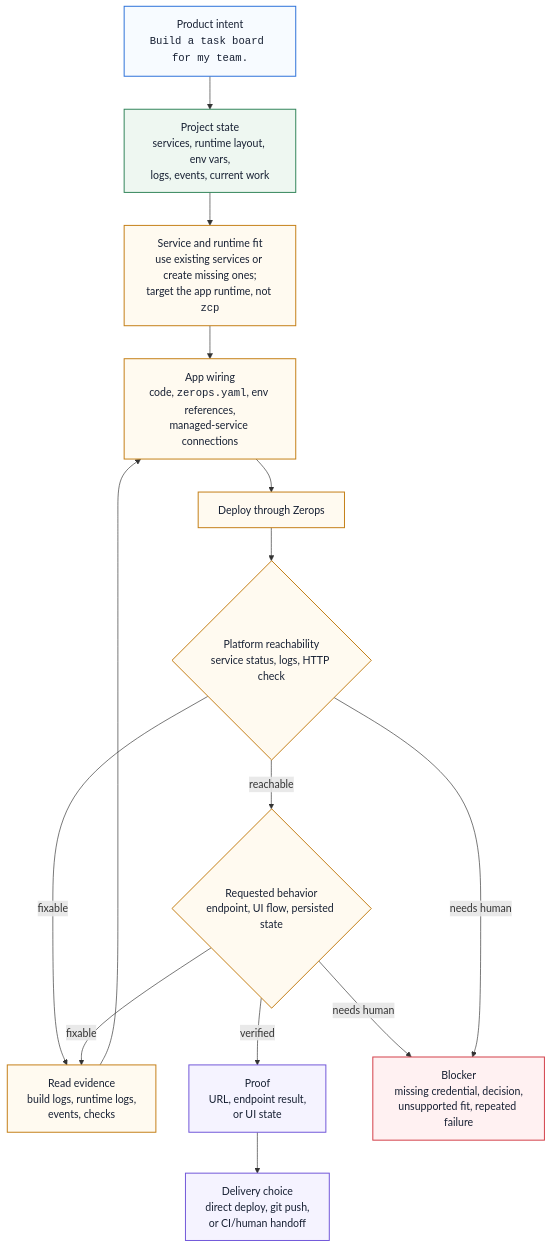
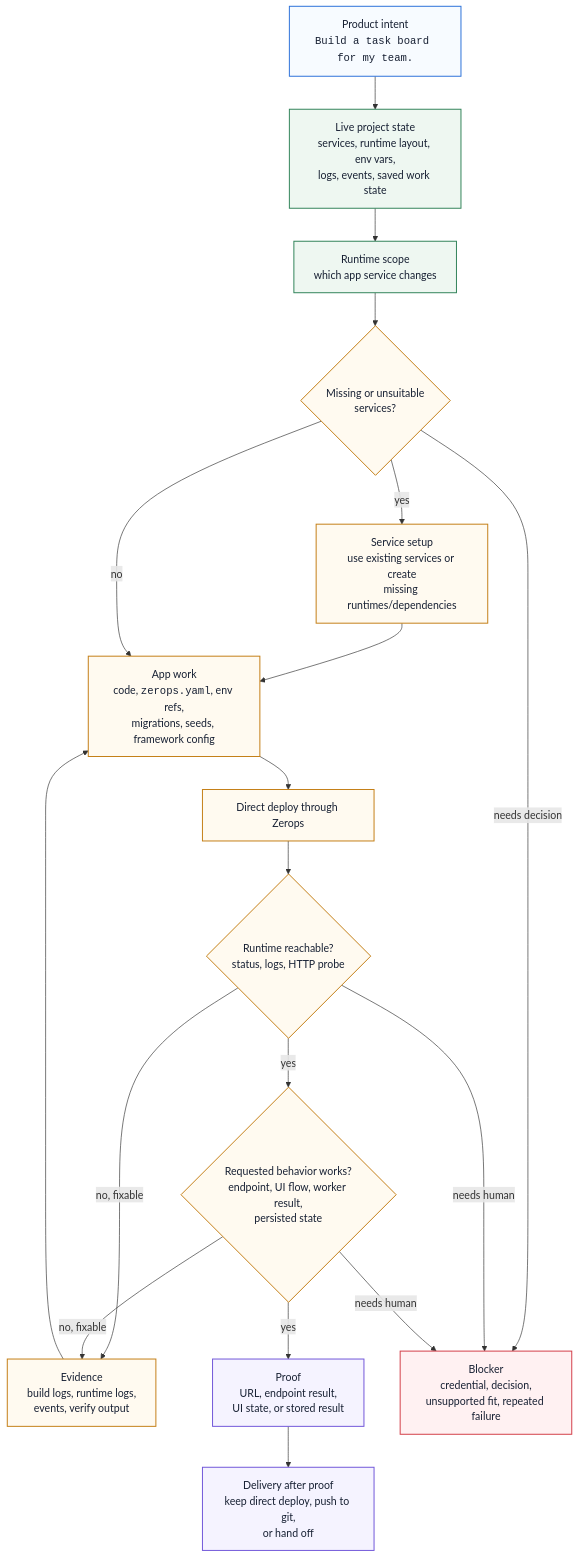
Before and after one commit to zeropsio/docs: the diagram in apps/docs/content/zcp/concept/how-it-works.mdx, drawn with Mermaid. The commit also changed other lines of this file and 16 other files, not shown here.

Commit message:
Refine ZCP guide structure and setup framing

````diff
--- a/apps/docs/content/zcp/concept/how-it-works.mdx
+++ b/apps/docs/content/zcp/concept/how-it-works.mdx
@@ -10,34 +12,40 @@
 ```mermaid
 flowchart TD
   intent["Product intent<br/><code>Build a task board for my team.</code>"]
-  state["Project state<br/>services, runtime layout, env vars,<br/>logs, events, current work"]
-  fit["Service and runtime fit<br/>use existing services or create missing ones;<br/>target the app runtime, not <code>zcp</code>"]
-  wiring["App wiring<br/>code, <code>zerops.yaml</code>, env references,<br/>managed-service connections"]
-  deploy["Deploy through Zerops"]
-  reachability{"Platform reachability<br/>service status, logs, HTTP check"}
-  behavior{"Requested behavior<br/>endpoint, UI flow, persisted state"}
-  evidence["Read evidence<br/>build logs, runtime logs,<br/>events, checks"]
-  proof["Proof<br/>URL, endpoint result,<br/>or UI state"]
-  blocker["Blocker<br/>missing credential, decision,<br/>unsupported fit, repeated failure"]
-  delivery["Delivery choice<br/>direct deploy, git push,<br/>or CI/human handoff"]
+  state["Live project state<br/>services, runtime layout, env vars,<br/>logs, events, saved work state"]
+  scope["Runtime scope<br/>which app service changes"]
+  setup{"Missing or unsuitable<br/>services?"}
+  provision["Service setup<br/>use existing services or create<br/>missing runtimes/dependencies"]
+  appwork["App work<br/>code, <code>zerops.yaml</code>, env refs,<br/>migrations, seeds, framework config"]
+  deploy["Direct deploy through Zerops"]
+  reachability{"Runtime reachable?<br/>status, logs, HTTP probe"}
+  behavior{"Requested behavior works?<br/>endpoint, UI flow, worker result,<br/>persisted state"}
+  evidence["Evidence<br/>build logs, runtime logs,<br/>events, verify output"]
+  proof["Proof<br/>URL, endpoint result,<br/>UI state, or stored result"]
+  delivery["Delivery after proof<br/>keep direct deploy, push to git,<br/>or hand off"]
+  blocker["Blocker<br/>credential, decision,<br/>unsupported fit, repeated failure"]
 
-  intent --> state --> fit --> wiring --> deploy --> reachability
-  reachability -->|fixable| evidence --> wiring
-  reachability -->|reachable| behavior
-  behavior -->|fixable| evidence
-  behavior -->|verified| proof --> delivery
+  intent --> state --> scope --> setup
+  setup -->|yes| provision --> appwork
+  setup -->|no| appwork
+  appwork --> deploy --> reachability
+  reachability -->|no, fixable| evidence --> appwork
+  reachability -->|yes| behavior
+  behavior -->|no, fixable| evidence
+  behavior -->|yes| proof --> delivery
+  setup -->|needs decision| blocker
+  reachability -->|needs human| blocker
   behavior -->|needs human| blocker
-  reachability -->|needs human| blocker
 
   classDef user fill:#f7fbff,stroke:#2d72d9,stroke-width:1.5px,color:#172033;
   classDef zcpbox fill:#eef7f1,stroke:#32845a,stroke-width:1.5px,color:#172033;
   classDef work fill:#fffaf0,stroke:#c47f17,stroke-width:1.5px,color:#172033;
   classDef done fill:#f5f3ff,stroke:#7157d9,stroke-width:1.5px,color:#172033;
   classDef stop fill:#fff1f2,stroke:#d33f49,stroke-width:1.5px,color:#172033;
 
   class intent user;
-  class state zcpbox;
-  class fit,wiring,deploy,reachability,behavior,evidence work;
+  class state,scope zcpbox;
+  class setup,provision,appwork,deploy,reachability,behavior,evidence work;
   class proof,delivery done;
   class blocker stop;
 ```
````
